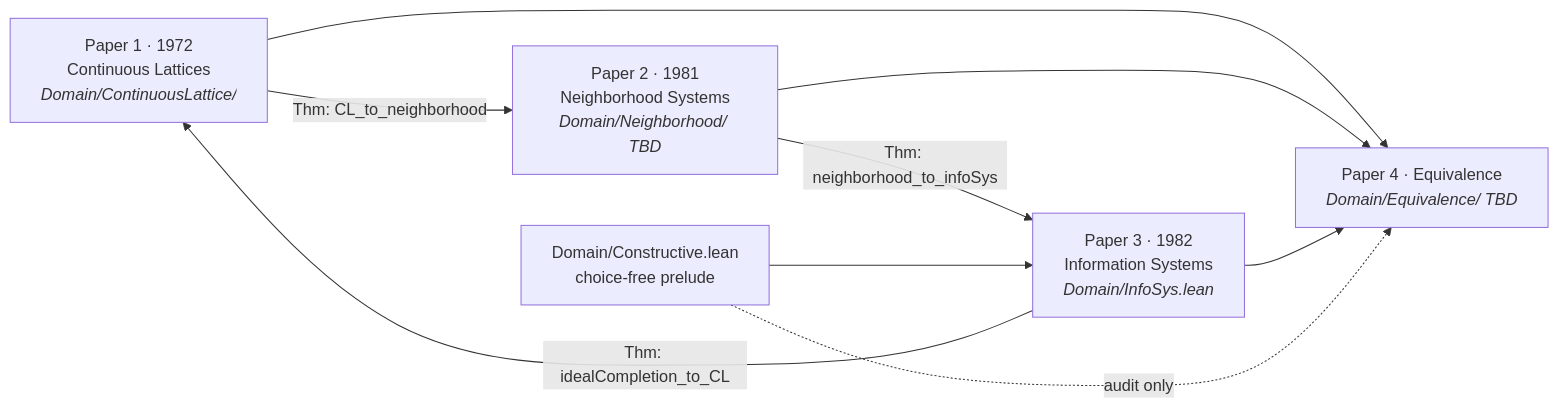
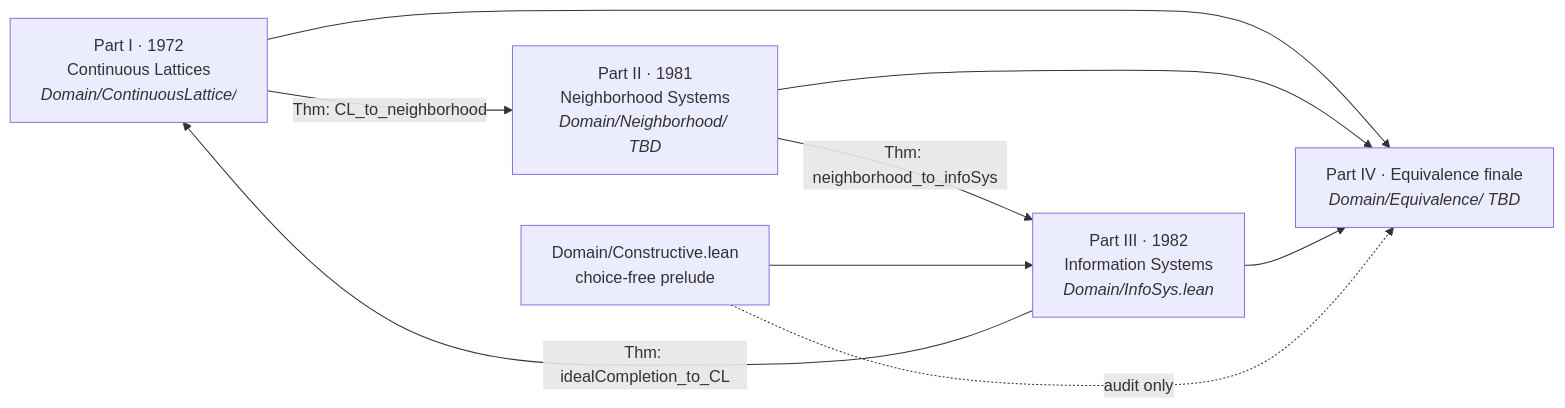
The first of 8 diagrams in arxiv.md (catskillsresearch/domain_theory), drawn with Mermaid before and after one commit. The commit also changed other lines of this file and 1 other file, not shown here.

First line of the commit message:
docs: monograph framing, AI acks, and top-down dependency diagrams

````diff
--- a/arxiv.md
+++ b/arxiv.md
@@ -76,17 +84,17 @@
 ```mermaid
 flowchart LR
-  P1["Paper 1 · 1972<br/>Continuous Lattices<br/><i>Domain/ContinuousLattice/</i>"]
-  P2["Paper 2 · 1981<br/>Neighborhood Systems<br/><i>Domain/Neighborhood/ TBD</i>"]
-  P3["Paper 3 · 1982<br/>Information Systems<br/><i>Domain/InfoSys.lean</i>"]
-  P4["Paper 4 · Equivalence<br/><i>Domain/Equivalence/ TBD</i>"]
+  P1["Part I · 1972<br/>Continuous Lattices<br/><i>Domain/ContinuousLattice/</i>"]
+  P2["Part II · 1981<br/>Neighborhood Systems<br/><i>Domain/Neighborhood/ TBD</i>"]
+  P3["Part III · 1982<br/>Information Systems<br/><i>Domain/InfoSys.lean</i>"]
+  P4["Part IV · Equivalence finale<br/><i>Domain/Equivalence/ TBD</i>"]
   C["Domain/Constructive.lean<br/>choice-free prelude"]
 
   P1 -->|"Thm: CL_to_neighborhood"| P2
   P2 -->|"Thm: neighborhood_to_infoSys"| P3
   P3 -->|"Thm: idealCompletion_to_CL"| P1
   P1 --> P4
   P2 --> P4
   P3 --> P4
   C --> P3
   C -.->|"audit only"| P4
 ```
````
